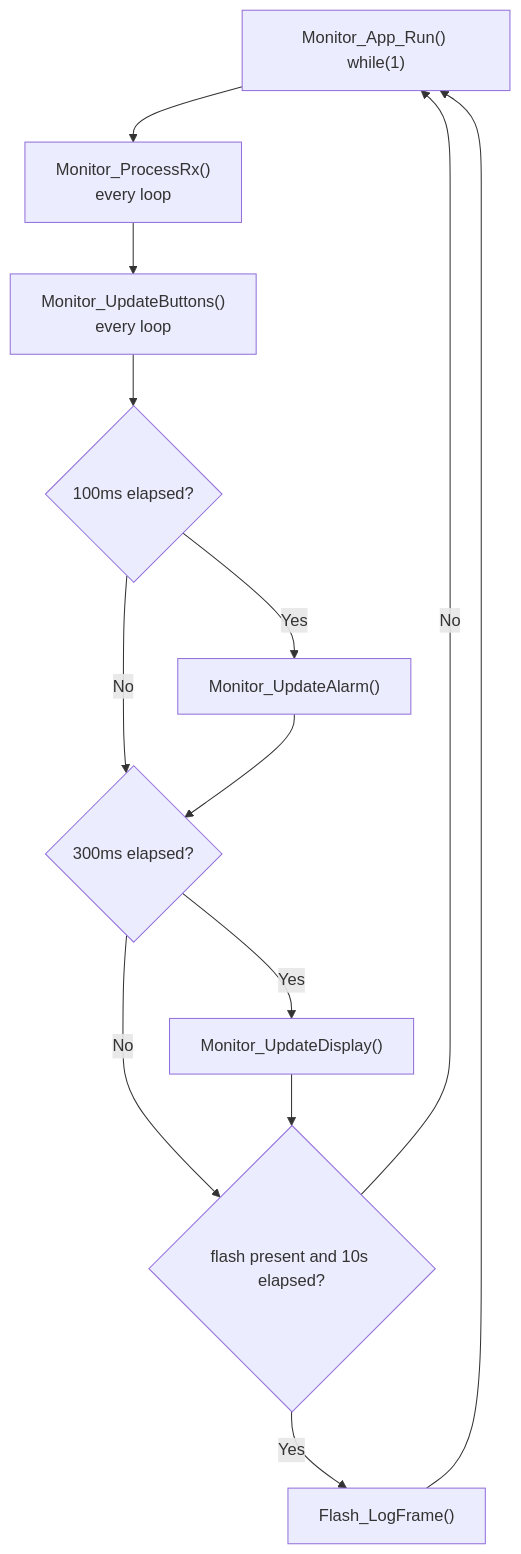
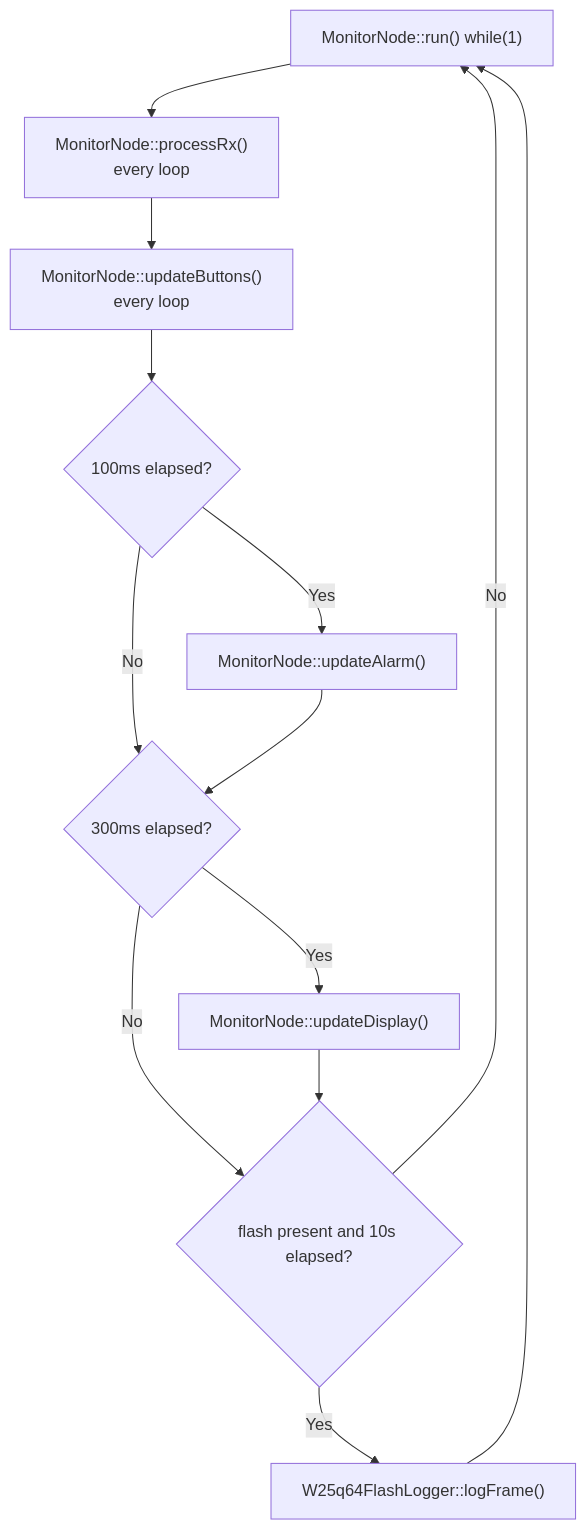
One commit to Cusnd/dual-stm32-safety-monitor changed the eighth of 14 diagrams in docs/FUNCTION_DESIGN_WALKTHROUGH.zh-CN.md. Above: the diagram before and after it, drawn with Mermaid. The commit also changed other lines of this file and 78 other files, not shown here.

````diff
--- a/docs/FUNCTION_DESIGN_WALKTHROUGH.zh-CN.md
+++ b/docs/FUNCTION_DESIGN_WALKTHROUGH.zh-CN.md
@@ -284,15 +284,15 @@
 ```mermaid
 flowchart TD
-  L["Monitor_App_Run() while(1)"] --> RX["Monitor_ProcessRx()\nevery loop"]
-  RX --> BTN["Monitor_UpdateButtons()\nevery loop"]
+  L["MonitorNode::run() while(1)"] --> RX["MonitorNode::processRx()\nevery loop"]
+  RX --> BTN["MonitorNode::updateButtons()\nevery loop"]
   BTN --> A{"100ms elapsed?"}
-  A -->|"Yes"| AL["Monitor_UpdateAlarm()"]
+  A -->|"Yes"| AL["MonitorNode::updateAlarm()"]
   A -->|"No"| U
   AL --> U{"300ms elapsed?"}
-  U -->|"Yes"| UI["Monitor_UpdateDisplay()"]
+  U -->|"Yes"| UI["MonitorNode::updateDisplay()"]
   U -->|"No"| F
   UI --> F{"flash present and 10s elapsed?"}
-  F -->|"Yes"| FL["Flash_LogFrame()"]
+  F -->|"Yes"| FL["W25q64FlashLogger::logFrame()"]
   F -->|"No"| L
   FL --> L
 ```
````
